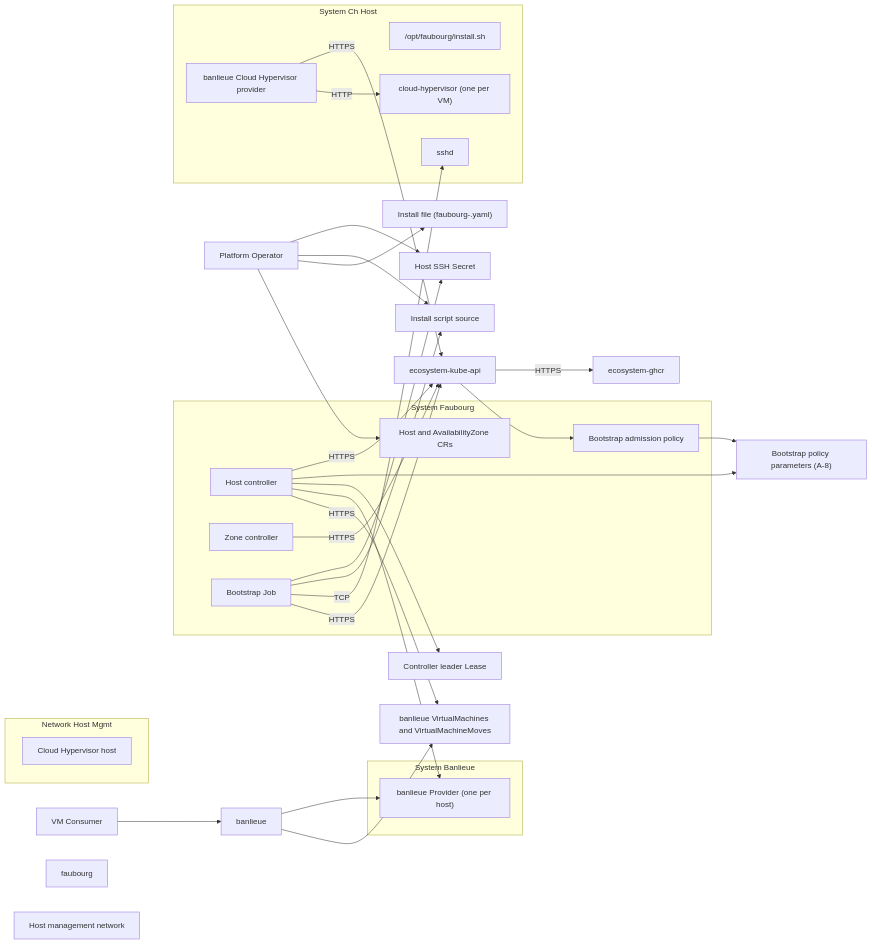
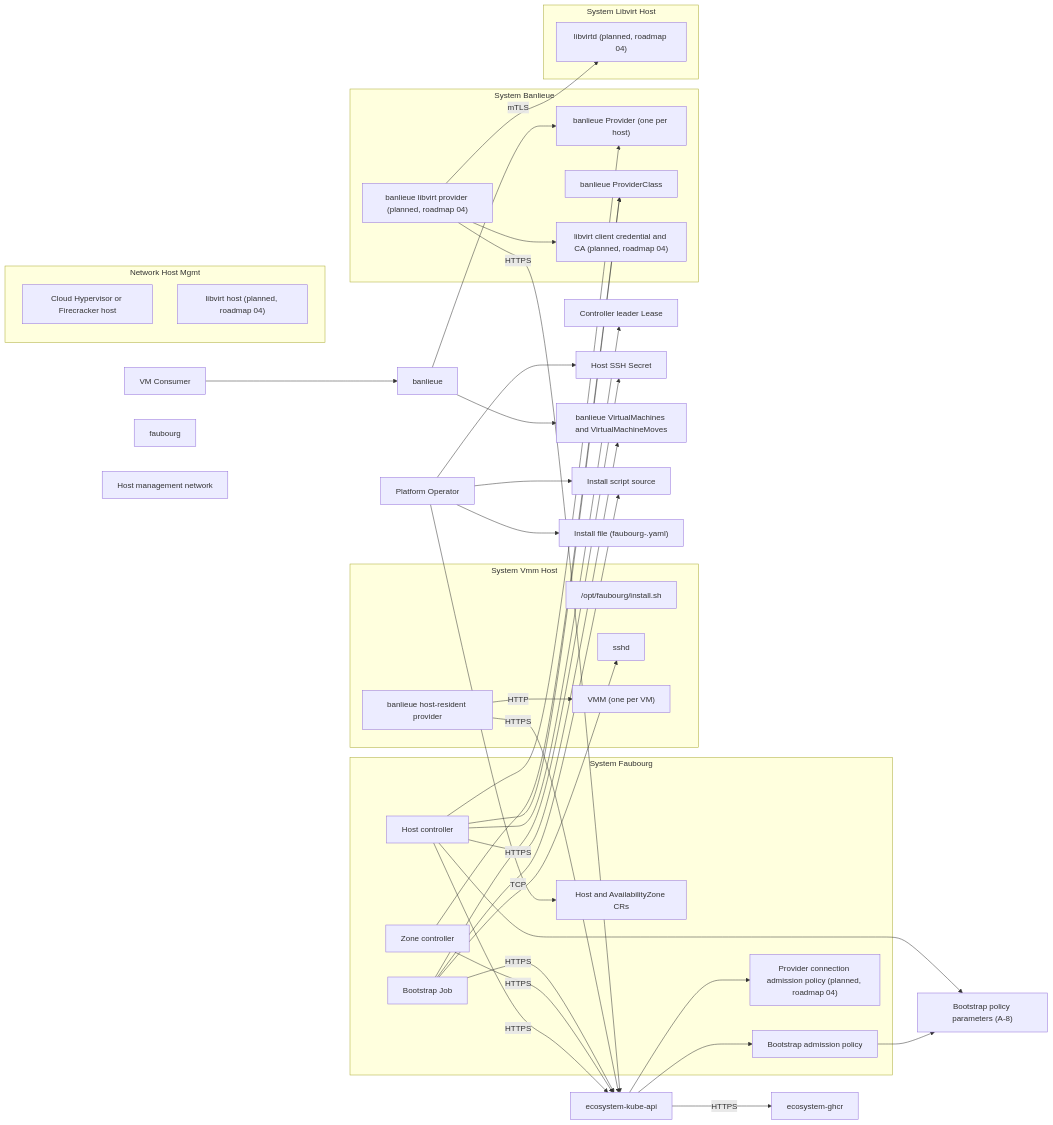
The diagram in docs/architecture/diagrams/system.md (firestoned/faubourg), drawn with Mermaid before and after one commit. The commit also changed 12 other files, not shown here.

First line of the commit message:
docs(adr): accept ADR-0018, a zone names its provider class (roadmap 04) (#32)

````diff
--- a/docs/architecture/diagrams/system.md
+++ b/docs/architecture/diagrams/system.md
@@ -34,32 +34,43 @@
     system-banlieue["banlieue"]
     data-asset-provider-cr["banlieue Provider (one per host)"]
     data-asset-banlieue-vm-crs["banlieue VirtualMachines and VirtualMachineMoves"]
-    system-ch-host["Cloud Hypervisor host"]
+    system-vmm-host["Cloud Hypervisor or Firecracker host"]
     data-asset-install-script["Install script source"]
     data-asset-host-install-script["/opt/faubourg/install.sh"]
     service-ssh["sshd"]
-    service-banlieue-ch-provider["banlieue Cloud Hypervisor provider"]
-    service-cloud-hypervisor["cloud-hypervisor (one per VM)"]
+    service-banlieue-host-provider["banlieue host-resident provider"]
+    service-vmm["VMM (one per VM)"]
     network-host-mgmt["Host management network"]
     data-asset-install-file["Install file (faubourg-<version>.yaml)"]
+    data-asset-provider-class["banlieue ProviderClass"]
+    system-libvirt-host["libvirt host (planned, roadmap 04)"]
+    service-libvirtd["libvirtd (planned, roadmap 04)"]
+    service-banlieue-libvirt-provider["banlieue libvirt provider (planned, roadmap 04)"]
+    data-asset-libvirt-client-credential["libvirt client credential and CA (planned, roadmap 04)"]
+    service-provider-connection-policy["Provider connection admission policy (planned, roadmap 04)"]
     subgraph sg_system-faubourg [System Faubourg]
         service-host-controller
         service-zone-controller
         service-bootstrap-job
         service-bootstrap-admission-policy
         data-asset-host-az-crs
+        service-provider-connection-policy
     end
-    subgraph sg_system-ch-host [System Ch Host]
+    subgraph sg_system-vmm-host [System Vmm Host]
         service-ssh
         data-asset-host-install-script
-        service-banlieue-ch-provider
-        service-cloud-hypervisor
+        service-banlieue-host-provider
+        service-vmm
     end
     subgraph sg_system-banlieue [System Banlieue]
         data-asset-provider-cr
+        data-asset-provider-class
+        service-banlieue-libvirt-provider
+        data-asset-libvirt-client-credential
     end
     subgraph sg_network-host-mgmt [Network Host Mgmt]
-        system-ch-host
+        system-vmm-host
+        system-libvirt-host
     end
     actor-platform-operator --> data-asset-host-az-crs
     actor-platform-operator --> data-asset-ssh-secret
@@ -74,8 +85,8 @@
     service-bootstrap-job --> data-asset-ssh-secret
     service-bootstrap-job --> data-asset-install-script
     service-bootstrap-job -->|TCP| service-ssh
-    service-banlieue-ch-provider -->|HTTPS| ecosystem-kube-api
-    service-banlieue-ch-provider -->|HTTP| service-cloud-hypervisor
+    service-banlieue-host-provider -->|HTTPS| ecosystem-kube-api
+    service-banlieue-host-provider -->|HTTP| service-vmm
     system-banlieue --> data-asset-provider-cr
     system-banlieue --> data-asset-banlieue-vm-crs
     service-host-controller --> data-asset-provider-cr
@@ -83,4 +94,13 @@
     service-bootstrap-job -->|HTTPS| ecosystem-kube-api
     ecosystem-kube-api -->|HTTPS| ecosystem-ghcr
     actor-platform-operator --> data-asset-install-file
+    subgraph sg_system-libvirt-host [System Libvirt Host]
+        service-libvirtd
+    end
+    service-host-controller --> data-asset-provider-class
+    service-zone-controller --> data-asset-provider-class
+    ecosystem-kube-api --> service-provider-connection-policy
+    service-banlieue-libvirt-provider --> data-asset-libvirt-client-credential
+    service-banlieue-libvirt-provider -->|mTLS| service-libvirtd
+    service-banlieue-libvirt-provider -->|HTTPS| ecosystem-kube-api
 ```
````
